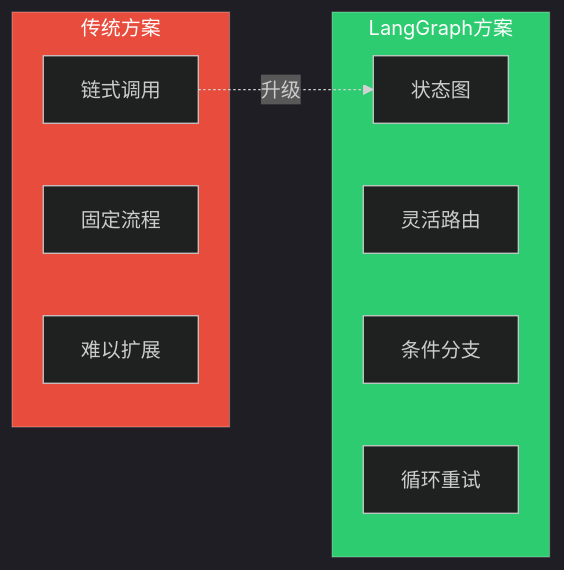
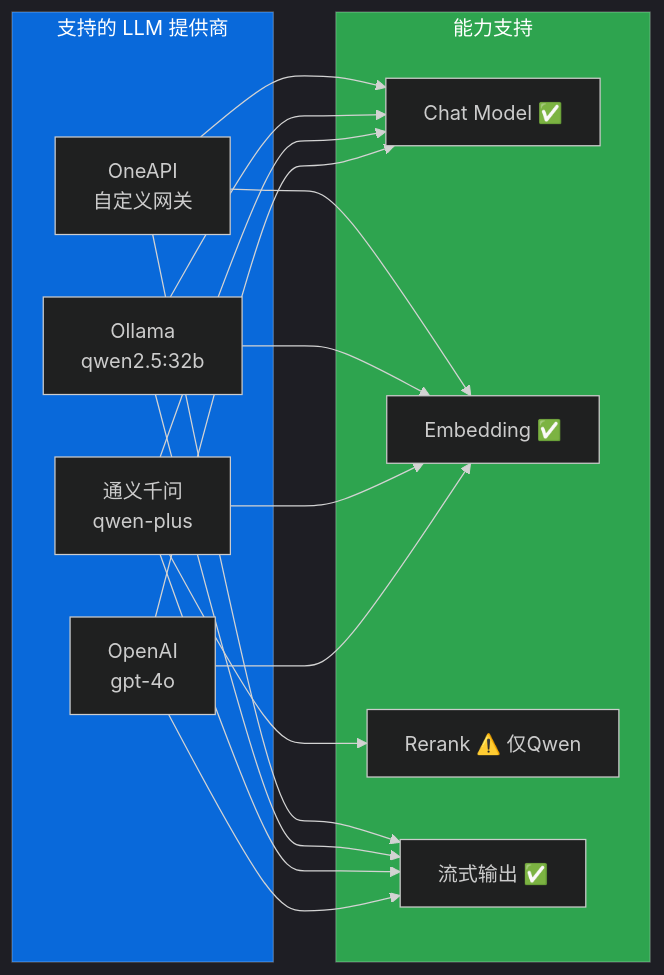
One commit to lwfeng-ch/rag_graph changed the third of 14 diagrams in ARCHITECTURE.md. Above: the diagram before and after it, drawn with Mermaid. The commit also changed other lines of this file and 54 other files, not shown here.

````diff
--- a/ARCHITECTURE.md
+++ b/ARCHITECTURE.md
@@ -111,20 +160,25 @@
 ```mermaid
 %%{init: {'theme': 'dark'}}%%
 flowchart LR
-    subgraph 传统方案
-        A1[链式调用]
-        A2[固定流程]
-        A3[难以扩展]
+    subgraph Providers["支持的 LLM 提供商"]
+        O[OpenAI<br/>gpt-4o]
+        Q[通义千问<br/>qwen-plus]
+        OL[Ollama<br/>qwen2.5:32b]
+        OA[OneAPI<br/>自定义网关]
     end
     
-    subgraph LangGraph方案
-        B1[状态图]
-        B2[灵活路由]
-        B3[条件分支]
-        B4[循环重试]
+    subgraph Capabilities["能力支持"]
+        C1[Chat Model ✅]
+        C2[Embedding ✅]
+        C3[Rerank ⚠️ 仅Qwen]
+        C4[流式输出 ✅]
     end
     
-    A1 -.->|升级| B1
-    style LangGraph方案 fill:#2ecc71,color:#fff
-    style 传统方案 fill:#e74c3c,color:#fff
+    O & Q & OL & OA --> C1
+    O & Q & OL & OA --> C2
+    Q --> C3
+    O & Q & OL & OA --> C4
+    
+    style Providers fill:#0969da,color:#ffffff
+    style Capabilities fill:#2ea44f,color:#ffffff
 ```
````
